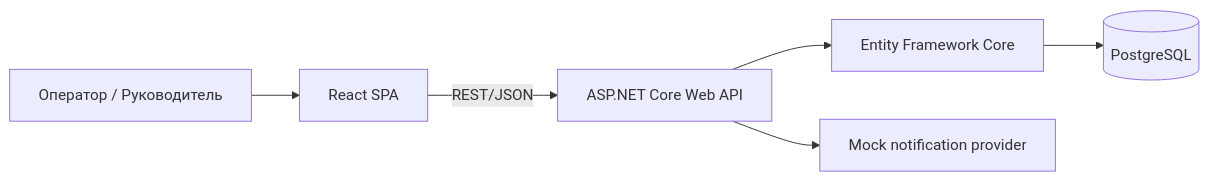
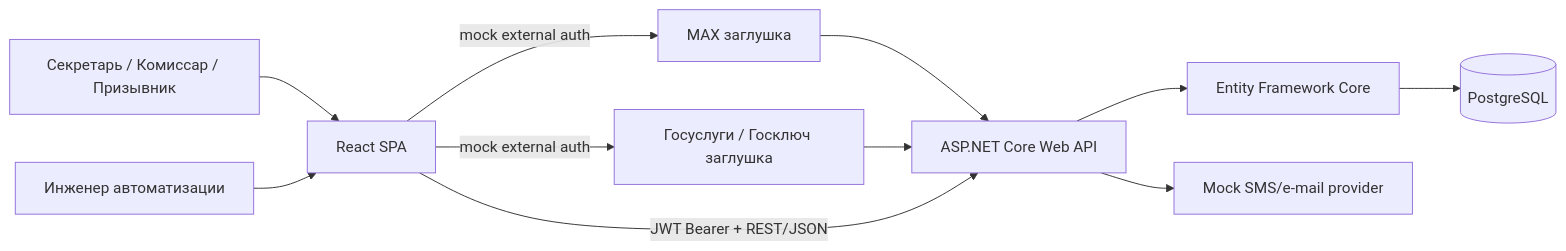
Before and after one commit to MasterChief-96/reestr-povestok-cipso: the first of 2 diagrams in docs/architecture.md, drawn with Mermaid. The commit also changed other lines of this file and 38 other files, not shown here.

First line of the commit message:
feat: military summons domain and external auth stubs

````diff
--- a/docs/architecture.md
+++ b/docs/architecture.md
@@ -5,8 +5,13 @@
 ```mermaid
 flowchart LR
-    User[Оператор / Руководитель] --> UI[React SPA]
-    UI -->|REST/JSON| API[ASP.NET Core Web API]
+    User[Секретарь / Комиссар / Призывник] --> UI[React SPA]
+    Engineer[Инженер автоматизации] --> UI
+    UI -->|mock external auth| MAX[MAX заглушка]
+    UI -->|mock external auth| GOS[Госуслуги / Госключ заглушка]
+    MAX --> API[ASP.NET Core Web API]
+    GOS --> API
+    UI -->|JWT Bearer + REST/JSON| API
     API --> EF[Entity Framework Core]
     EF --> DB[(PostgreSQL)]
-    API --> Notify[Mock notification provider]
+    API --> Notify[Mock SMS/e-mail provider]
 ```
````
